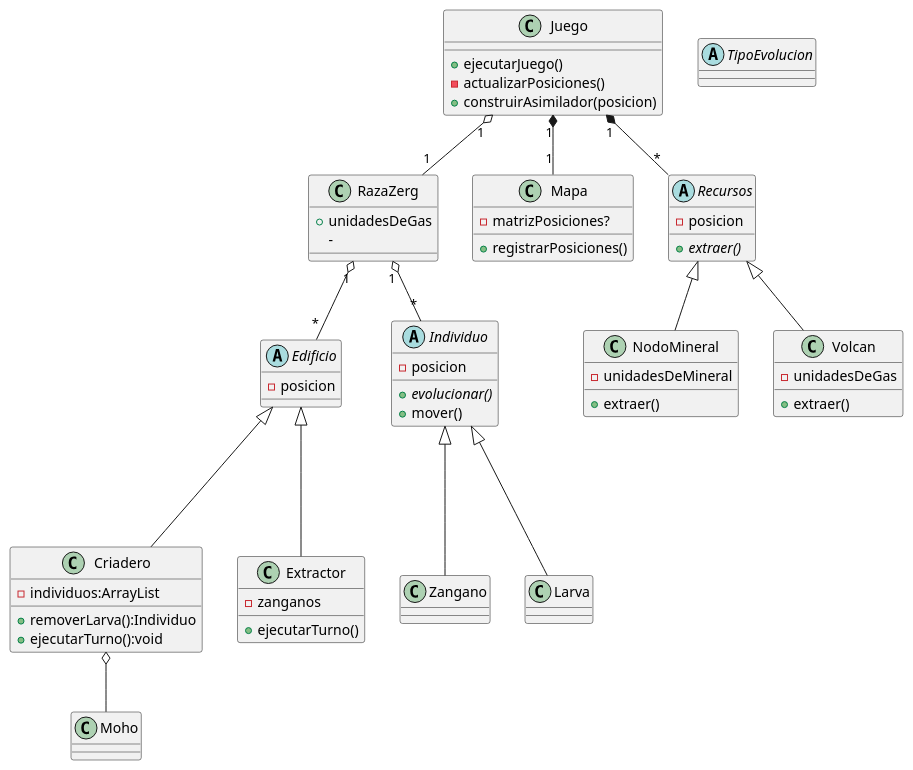
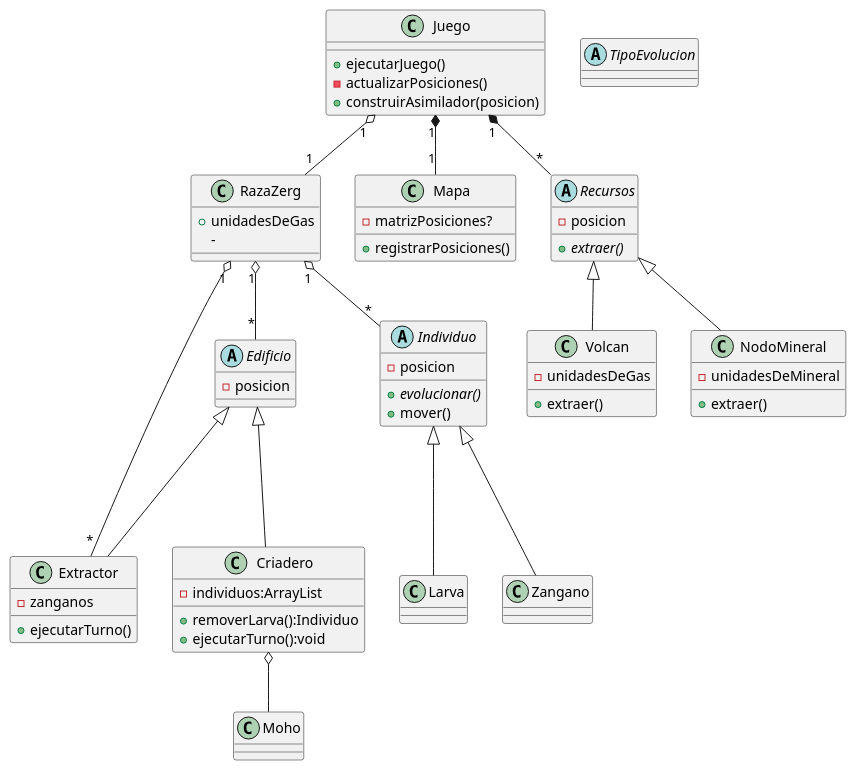
The diagram in diagrams/classes/clases.puml (nicolasgirardi/algo3_TP2_AlgoStar), drawn with PlantUML before and after one commit. The commit also changed 7 other files, not shown here.

```diff
--- a/diagrams/classes/clases.puml
+++ b/diagrams/classes/clases.puml
@@ -1,79 +1,80 @@
 @startuml
 
 
 
 class Juego {
     +ejecutarJuego()
     -actualizarPosiciones()
     +construirAsimilador(posicion)
 }
 
 class Zangano{
 
 }
 class Larva{
 
 }
 class RazaZerg{
     +unidadesDeGas
     -
 }
 class Criadero{
     -individuos:ArrayList
     +removerLarva():Individuo
     +ejecutarTurno():void
 }
 
 abstract class TipoEvolucion{
 
 }
 
 abstract class Edificio{
     -posicion
 }
 
 class Extractor{
     -zanganos
     +ejecutarTurno()
 }
 
 abstract class Individuo {
     -posicion
     {abstract} +evolucionar()
     +mover()
 }
 
 class Mapa {
     -matrizPosiciones?
     +registrarPosiciones()
 }
 
 abstract class Recursos {
     -posicion
     {abstract} +extraer()
 }
 
 class NodoMineral {
     -unidadesDeMineral
     +extraer()
 }
 
 class Volcan{
     -unidadesDeGas
     +extraer()
 }
 
 Zangano  -up--|> Individuo
 Larva    -up--|> Individuo
 RazaZerg "1"  o-- "*" Edificio
 RazaZerg "1"  o-- "*" Individuo
 Criadero -up--|> Edificio
 Extractor -up--|> Edificio
 Juego "1"  o-- "1" RazaZerg
 Juego "1"  *-- "1" Mapa
 Juego "1"  *-- "*" Recursos
 Recursos <|-- Volcan
 Recursos <|-- NodoMineral
 Criadero o-- Moho
+RazaZerg "1"  o-- "*" Extractor
 
 @enduml
```
